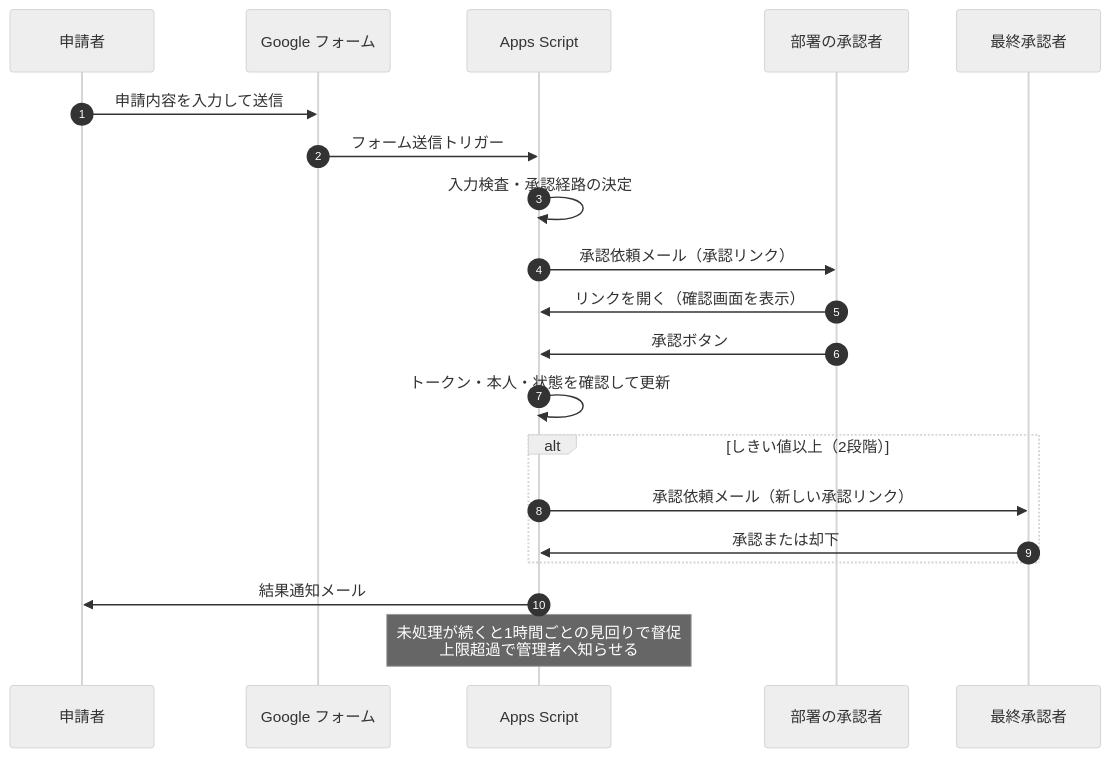
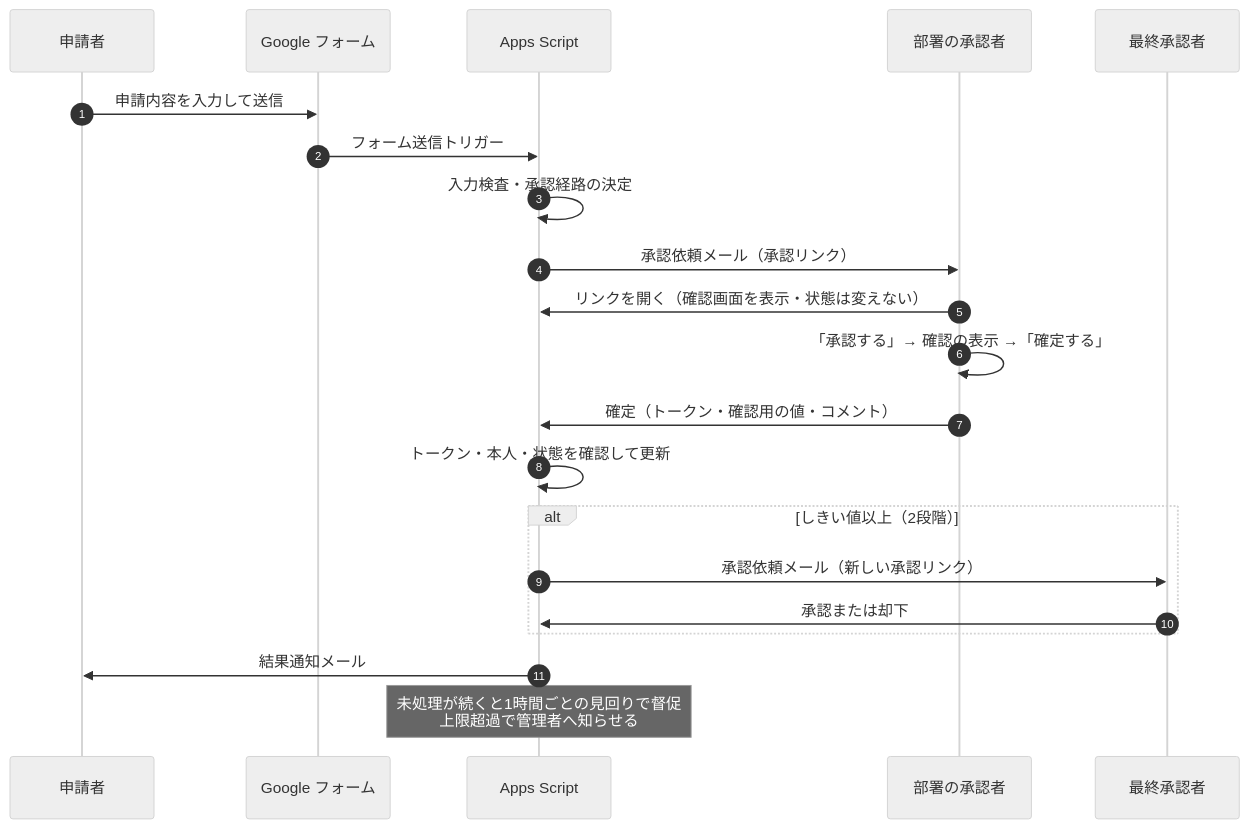
Before and after one commit to takato-y/gas-approval-workflow: the second of 2 diagrams in docs/02_基本設計.md, drawn with Mermaid (neutral theme). The commit also changed other lines of this file and 1 other file, not shown here.

````diff
--- a/docs/02_基本設計.md
+++ b/docs/02_基本設計.md
@@ -66,22 +81,23 @@
 ```mermaid
 sequenceDiagram
   autonumber
   participant 申請者
   participant フォーム as Google フォーム
   participant GAS as Apps Script
   participant 承認者1 as 部署の承認者
   participant 承認者2 as 最終承認者
   申請者->>フォーム: 申請内容を入力して送信
   フォーム->>GAS: フォーム送信トリガー
   GAS->>GAS: 入力検査・承認経路の決定
   GAS->>承認者1: 承認依頼メール（承認リンク）
-  承認者1->>GAS: リンクを開く（確認画面を表示）
-  承認者1->>GAS: 承認ボタン
+  承認者1->>GAS: リンクを開く（確認画面を表示・状態は変えない）
+  承認者1->>承認者1: 「承認する」→ 確認の表示 →「確定する」
+  承認者1->>GAS: 確定（トークン・確認用の値・コメント）
   GAS->>GAS: トークン・本人・状態を確認して更新
   alt しきい値以上（2段階）
     GAS->>承認者2: 承認依頼メール（新しい承認リンク）
     承認者2->>GAS: 承認または却下
   end
   GAS->>申請者: 結果通知メール
   Note over GAS: 未処理が続くと1時間ごとの見回りで督促<br/>上限超過で管理者へ知らせる
 ```
````
